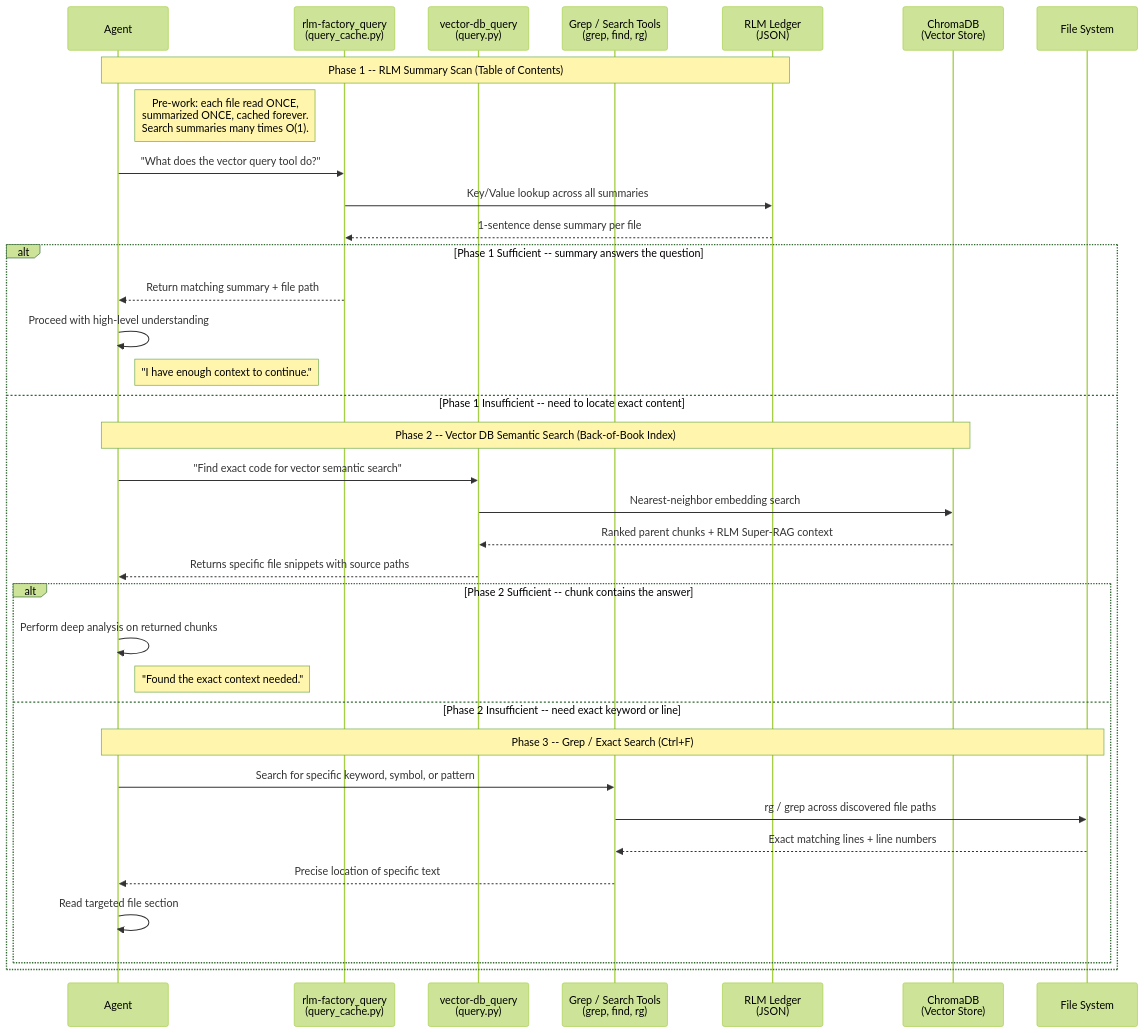
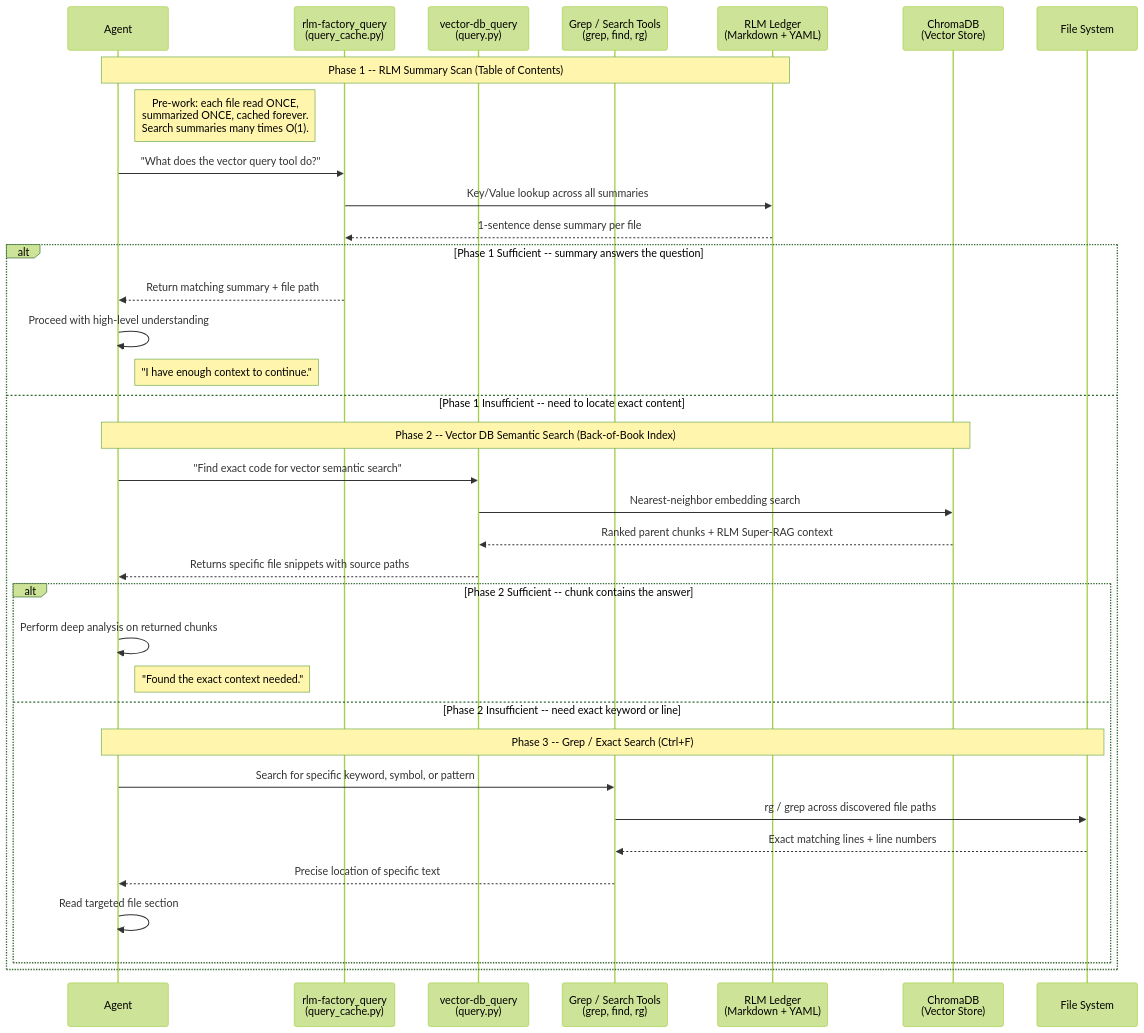
The diagram in plugins/rlm-factory/assets/diagrams/search_process.mmd (richfrem/agent-plugins-skills), drawn with Mermaid (forest theme) before and after one commit. The commit also changed 190 other files, not shown here.

Commit message:
Retrofit rlm-factory to file-system native architecture and swarm-based distillation

```diff
--- a/plugins/rlm-factory/assets/diagrams/search_process.mmd
+++ b/plugins/rlm-factory/assets/diagrams/search_process.mmd
@@ -1,39 +1,39 @@
 sequenceDiagram
     participant Agent
     participant RLM as rlm-factory_query<br>(query_cache.py)
     participant VDB as vector-db_query<br>(query.py)
     participant Grep as Grep / Search Tools<br>(grep, find, rg)
-    participant Ledger as RLM Ledger<br>(JSON)
+    participant Ledger as RLM Ledger<br>(Markdown + YAML)
     participant Chroma as ChromaDB<br>(Vector Store)
     participant FileSys as File System
 
     Note over Agent, Ledger: Phase 1 -- RLM Summary Scan (Table of Contents)
     Note right of Agent: Pre-work: each file read ONCE,<br>summarized ONCE, cached forever.<br>Search summaries many times O(1).
 
     Agent->>RLM: "What does the vector query tool do?"
     RLM->>Ledger: Key/Value lookup across all summaries
     Ledger-->>RLM: 1-sentence dense summary per file
 
     alt Phase 1 Sufficient -- summary answers the question
         RLM-->>Agent: Return matching summary + file path
         Agent->>Agent: Proceed with high-level understanding
         Note right of Agent: "I have enough context to continue."
     else Phase 1 Insufficient -- need to locate exact content
         Note over Agent, Chroma: Phase 2 -- Vector DB Semantic Search (Back-of-Book Index)
         Agent->>VDB: "Find exact code for vector semantic search"
         VDB->>Chroma: Nearest-neighbor embedding search
         Chroma-->>VDB: Ranked parent chunks + RLM Super-RAG context
         VDB-->>Agent: Returns specific file snippets with source paths
 
         alt Phase 2 Sufficient -- chunk contains the answer
             Agent->>Agent: Perform deep analysis on returned chunks
             Note right of Agent: "Found the exact context needed."
         else Phase 2 Insufficient -- need exact keyword or line
             Note over Agent, FileSys: Phase 3 -- Grep / Exact Search (Ctrl+F)
             Agent->>Grep: Search for specific keyword, symbol, or pattern
             Grep->>FileSys: rg / grep across discovered file paths
             FileSys-->>Grep: Exact matching lines + line numbers
             Grep-->>Agent: Precise location of specific text
             Agent->>Agent: Read targeted file section
         end
     end
```
